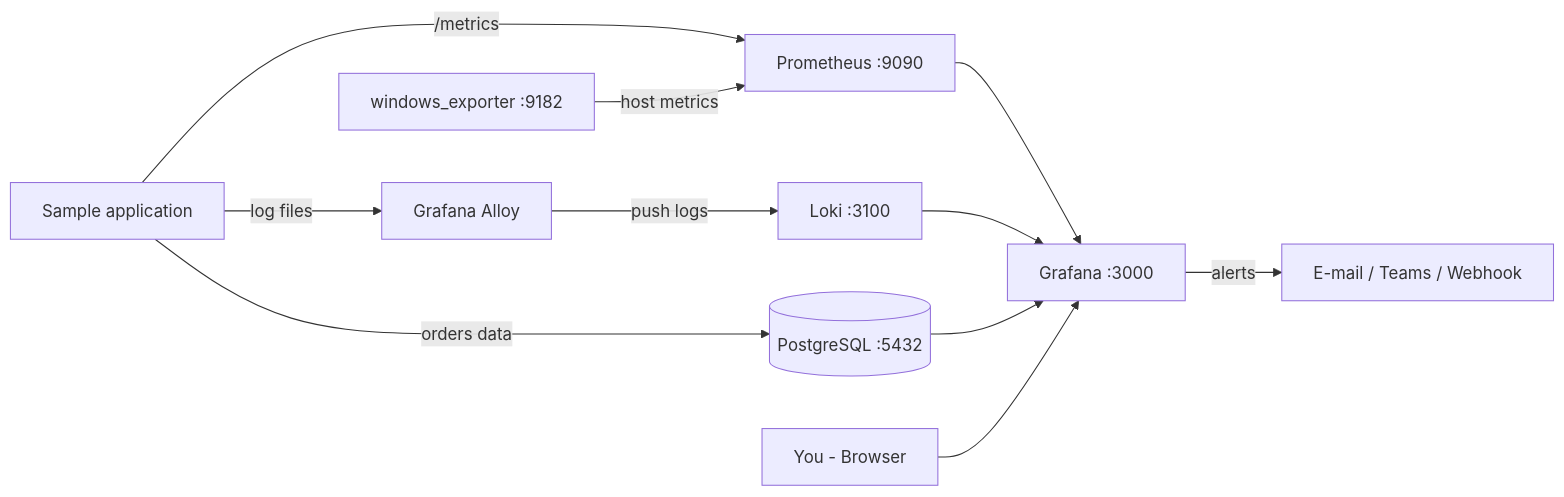
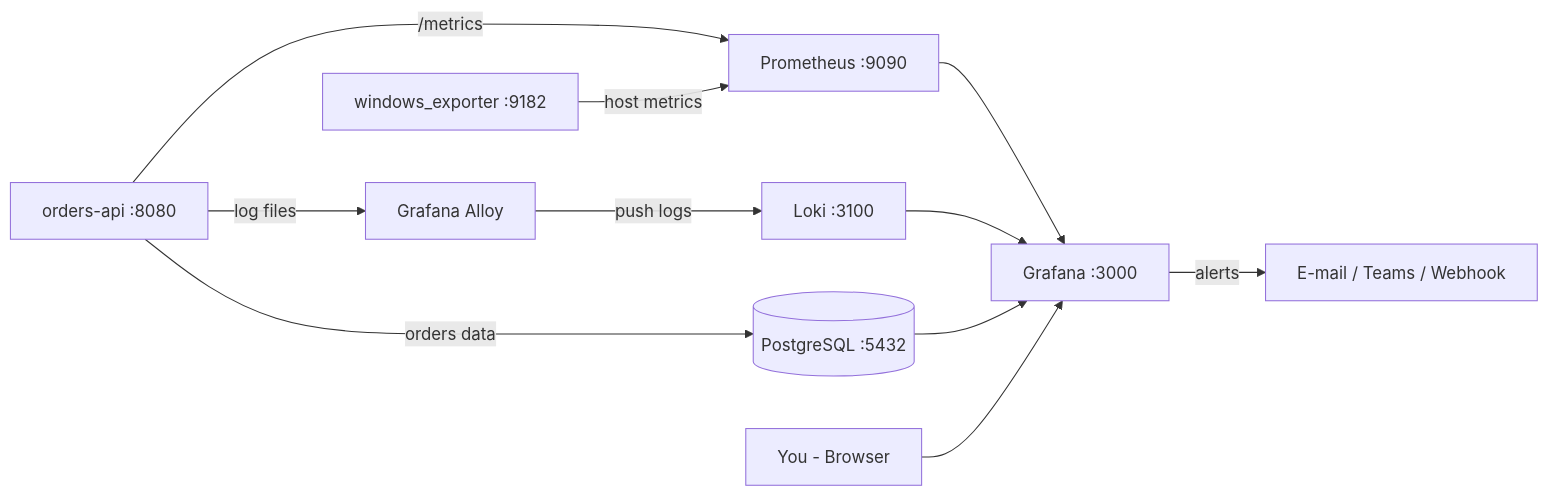
The diagram in day00-intro.md (dyesmuk/grafana-pwc-oct-2026), drawn with Mermaid before and after one commit. The commit also changed other lines of this file and 2 other files, not shown here.

````diff
--- a/day00-intro.md
+++ b/day00-intro.md
@@ -375,13 +382,13 @@
 ```mermaid
 flowchart LR
-    APP[Sample application] -->|/metrics| PROM[Prometheus :9090]
+    APP[orders-api :8080] -->|/metrics| PROM[Prometheus :9090]
     WE[windows_exporter :9182] -->|host metrics| PROM
     APP -->|log files| ALLOY[Grafana Alloy]
     ALLOY -->|push logs| LOKI[Loki :3100]
     APP -->|orders data| PG[(PostgreSQL :5432)]
     PROM --> GRAF[Grafana :3000]
     LOKI --> GRAF
     PG --> GRAF
     GRAF -->|alerts| NOTIFY[E-mail / Teams / Webhook]
     USER[You - Browser] --> GRAF
 ```
````
